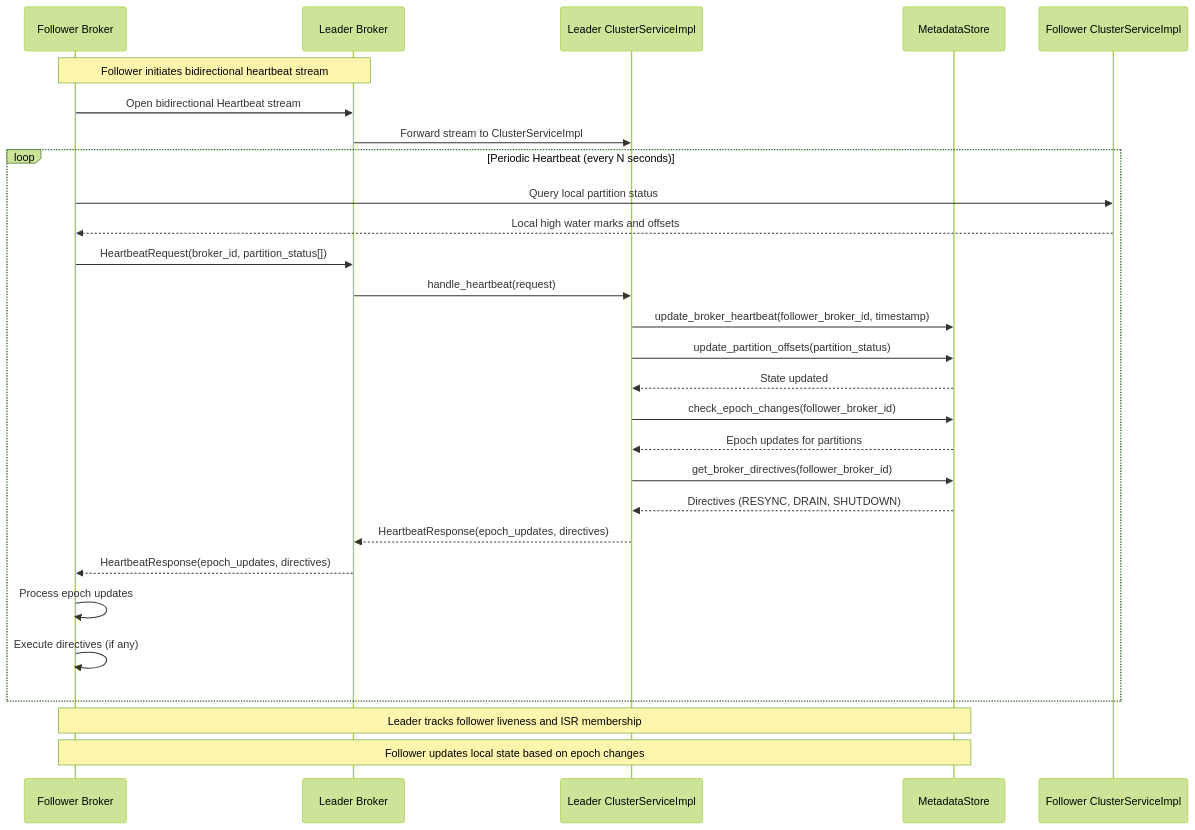
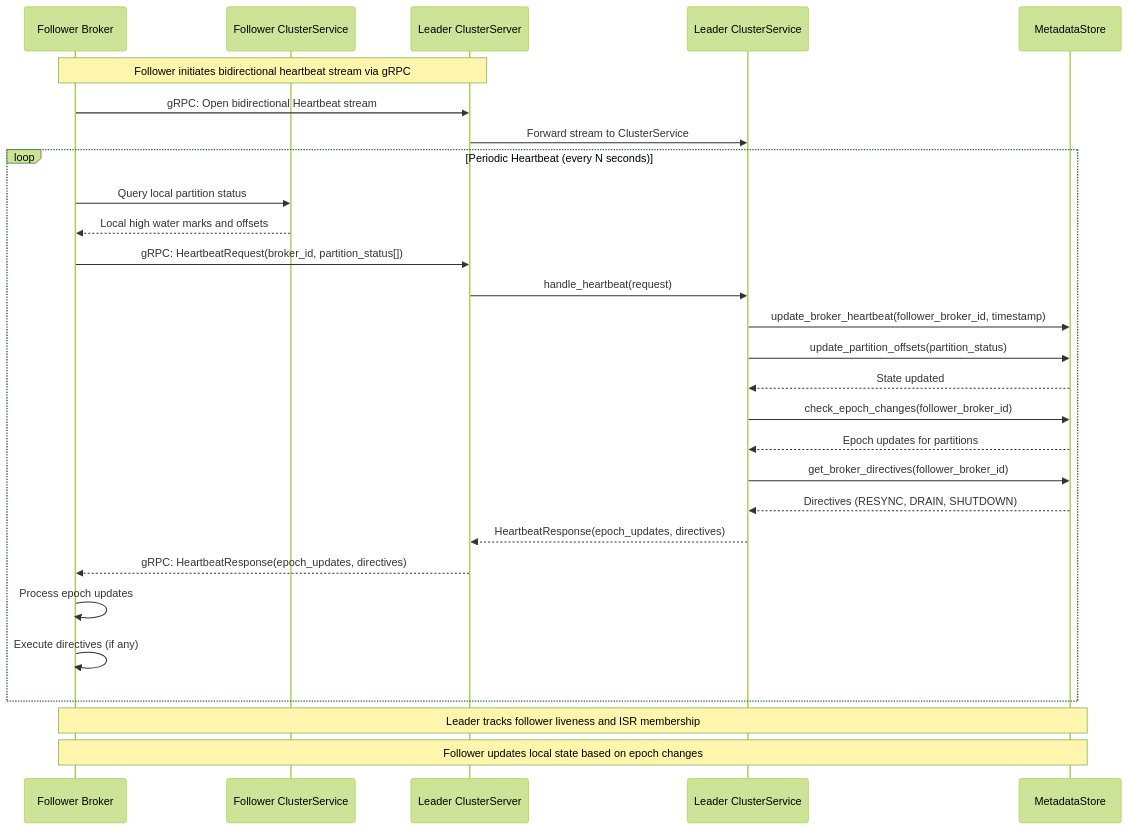
One commit to harshitmahapatra/flashq changed the fourth of 4 diagrams in crates/flashq-cluster/README.md. Above: the diagram before and after it, drawn with Mermaid (forest theme). The commit also changed other lines of this file and 2 other files, not shown here.

First line of the commit message:
Use ClusterService trait instead of concrete type in flashq-grpc

````diff
--- a/crates/flashq-cluster/README.md
+++ b/crates/flashq-cluster/README.md
@@ -155,39 +156,39 @@
 ```mermaid
 sequenceDiagram
     participant Follower as Follower Broker
-    participant Leader as Leader Broker
-    participant LeaderCSI as Leader ClusterServiceImpl
+    participant FollowerCS as Follower ClusterService
+    participant LeaderSrv as Leader ClusterServer
+    participant LeaderCS as Leader ClusterService
     participant MS as MetadataStore
-    participant FollowerCSI as Follower ClusterServiceImpl
 
-    Note over Follower,Leader: Follower initiates bidirectional heartbeat stream
+    Note over Follower,LeaderSrv: Follower initiates bidirectional heartbeat stream via gRPC
 
-    Follower->>Leader: Open bidirectional Heartbeat stream
-    Leader->>LeaderCSI: Forward stream to ClusterServiceImpl
+    Follower->>LeaderSrv: gRPC: Open bidirectional Heartbeat stream
+    LeaderSrv->>LeaderCS: Forward stream to ClusterService
 
     loop Periodic Heartbeat (every N seconds)
-        Follower->>FollowerCSI: Query local partition status
-        FollowerCSI-->>Follower: Local high water marks and offsets
+        Follower->>FollowerCS: Query local partition status
+        FollowerCS-->>Follower: Local high water marks and offsets
 
-        Follower->>Leader: HeartbeatRequest(broker_id, partition_status[])
-        Leader->>LeaderCSI: handle_heartbeat(request)
-        LeaderCSI->>MS: update_broker_heartbeat(follower_broker_id, timestamp)
-        LeaderCSI->>MS: update_partition_offsets(partition_status)
-        MS-->>LeaderCSI: State updated
+        Follower->>LeaderSrv: gRPC: HeartbeatRequest(broker_id, partition_status[])
+        LeaderSrv->>LeaderCS: handle_heartbeat(request)
+        LeaderCS->>MS: update_broker_heartbeat(follower_broker_id, timestamp)
+        LeaderCS->>MS: update_partition_offsets(partition_status)
+        MS-->>LeaderCS: State updated
 
-        LeaderCSI->>MS: check_epoch_changes(follower_broker_id)
-        MS-->>LeaderCSI: Epoch updates for partitions
+        LeaderCS->>MS: check_epoch_changes(follower_broker_id)
+        MS-->>LeaderCS: Epoch updates for partitions
 
-        LeaderCSI->>MS: get_broker_directives(follower_broker_id)
-        MS-->>LeaderCSI: Directives (RESYNC, DRAIN, SHUTDOWN)
+        LeaderCS->>MS: get_broker_directives(follower_broker_id)
+        MS-->>LeaderCS: Directives (RESYNC, DRAIN, SHUTDOWN)
 
-        LeaderCSI-->>Leader: HeartbeatResponse(epoch_updates, directives)
-        Leader-->>Follower: HeartbeatResponse(epoch_updates, directives)
+        LeaderCS-->>LeaderSrv: HeartbeatResponse(epoch_updates, directives)
+        LeaderSrv-->>Follower: gRPC: HeartbeatResponse(epoch_updates, directives)
 
         Follower->>Follower: Process epoch updates
         Follower->>Follower: Execute directives (if any)
     end
 
     Note over Follower,MS: Leader tracks follower liveness and ISR membership
     Note over Follower,MS: Follower updates local state based on epoch changes
 ```
````
